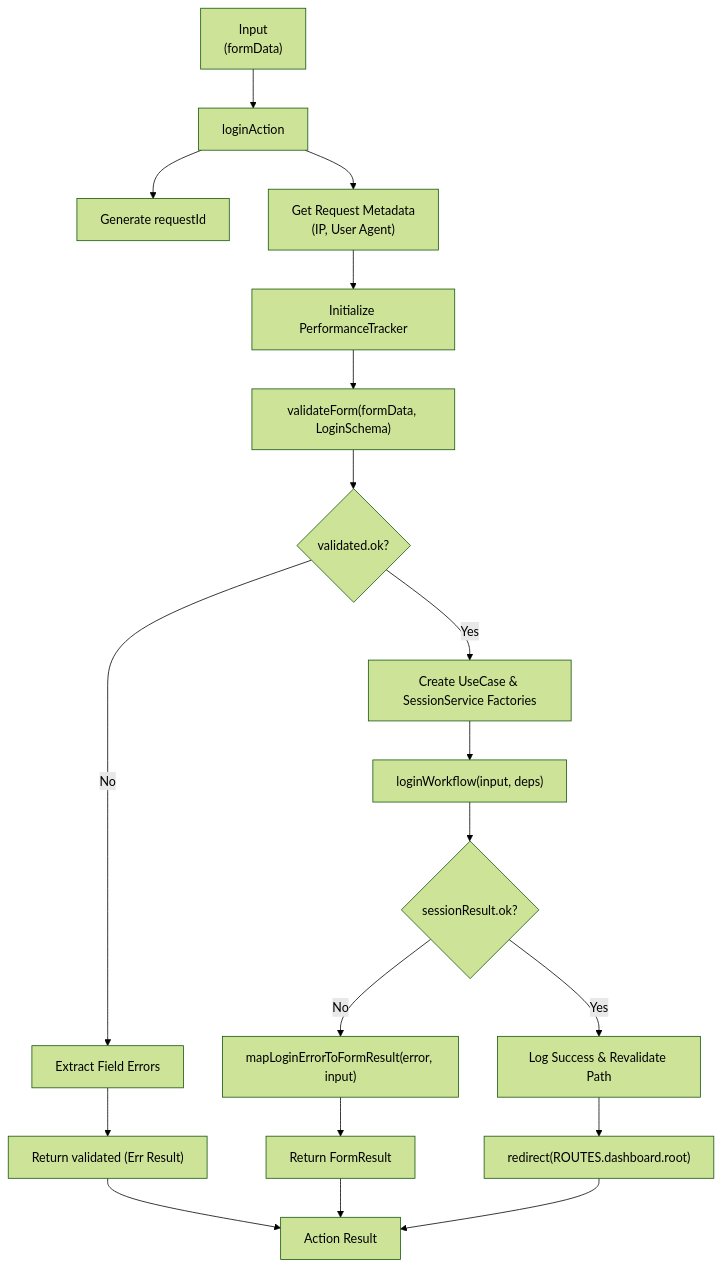
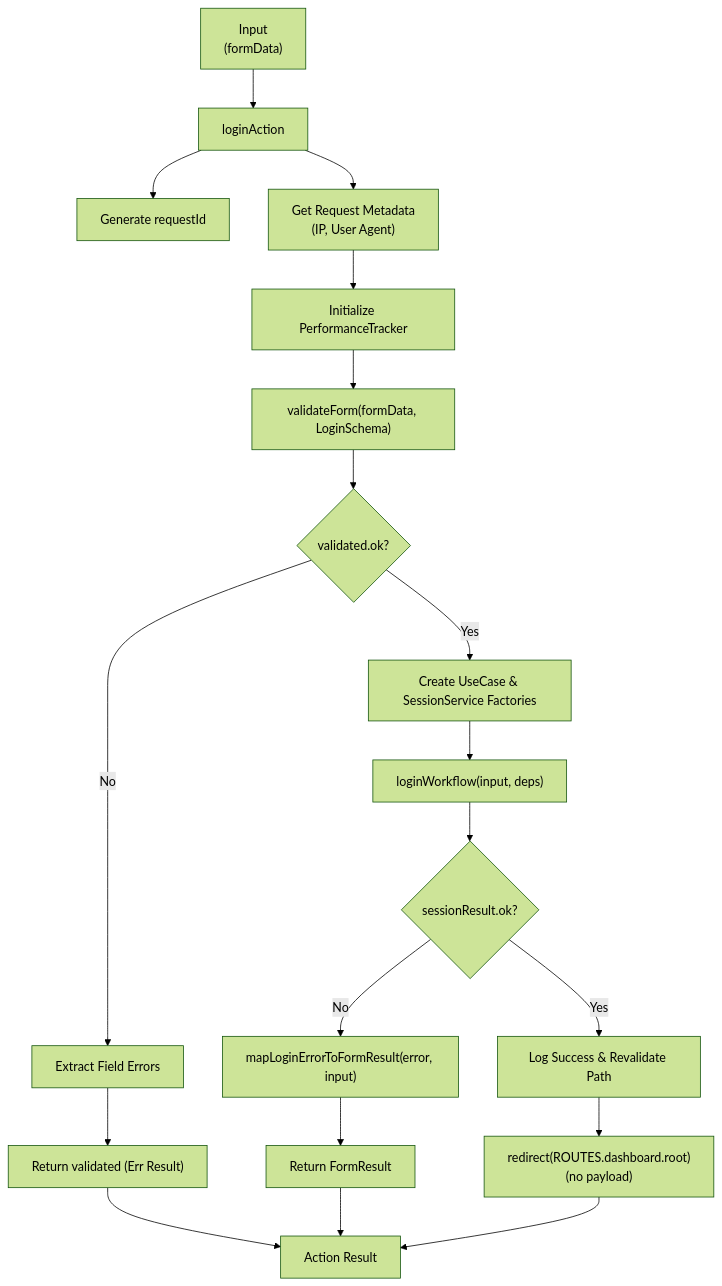
Before and after one commit to andrewpetersondev/nextjs-dashboard: the first of 6 diagrams in src/modules/auth/notes/flowcharts.md, drawn with Mermaid (forest theme). The commit also changed other lines of this file and 1 other file, not shown here.

Commit message:
docs: enhance flowcharts and login workflow with detailed mappings for session principal DTO

````diff
--- a/src/modules/auth/notes/flowcharts.md
+++ b/src/modules/auth/notes/flowcharts.md
@@ -9,40 +9,40 @@
 ```mermaid
 flowchart TD
 %% Inputs
   A["Input<br/>(formData)"] --> B[loginAction]
 
 %% Preparation
   B --> C["Generate requestId"]
   B --> D["Get Request Metadata<br/>(IP, User Agent)"]
   D --> TRACK["Initialize PerformanceTracker"]
 
 %% Validation
   TRACK --> E["validateForm(formData, LoginSchema)"]
 
 %% Validation Decision
   E --> F{"validated.ok?"}
 
 %% Validation Error Path
   F -->|No| G["Extract Field Errors"]
   G --> H["Return validated (Err Result)"]
 
 %% Workflow Execution
   F -->|Yes| I["Create UseCase & SessionService Factories"]
   I --> J["loginWorkflow(input, deps)"]
 
 %% Workflow Result Decision
   J --> K{"sessionResult.ok?"}
 
 %% Workflow Failure Path
   K -->|No| L["mapLoginErrorToFormResult(error, input)"]
   L --> M["Return FormResult"]
 
 %% Workflow Success Path
   K -->|Yes| N["Log Success & Revalidate Path"]
-  N --> O["redirect(ROUTES.dashboard.root)"]
+  N --> O["redirect(ROUTES.dashboard.root)<br/>(no payload)"]
 
 %% Outputs
   H --> Z["Action Result"]
   M --> Z
   O --> Z
 ```
````
